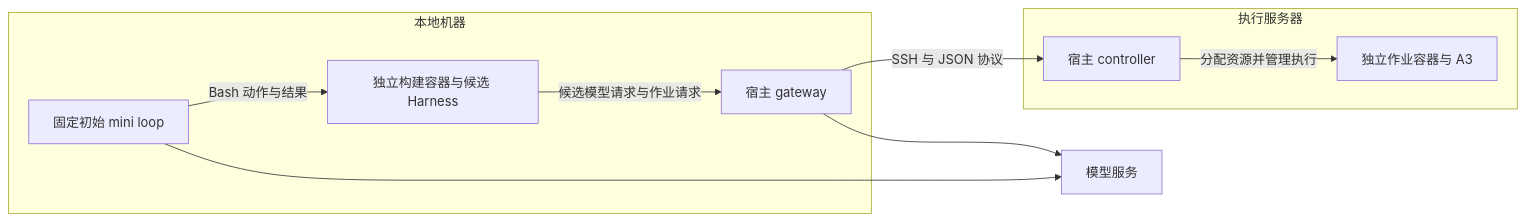
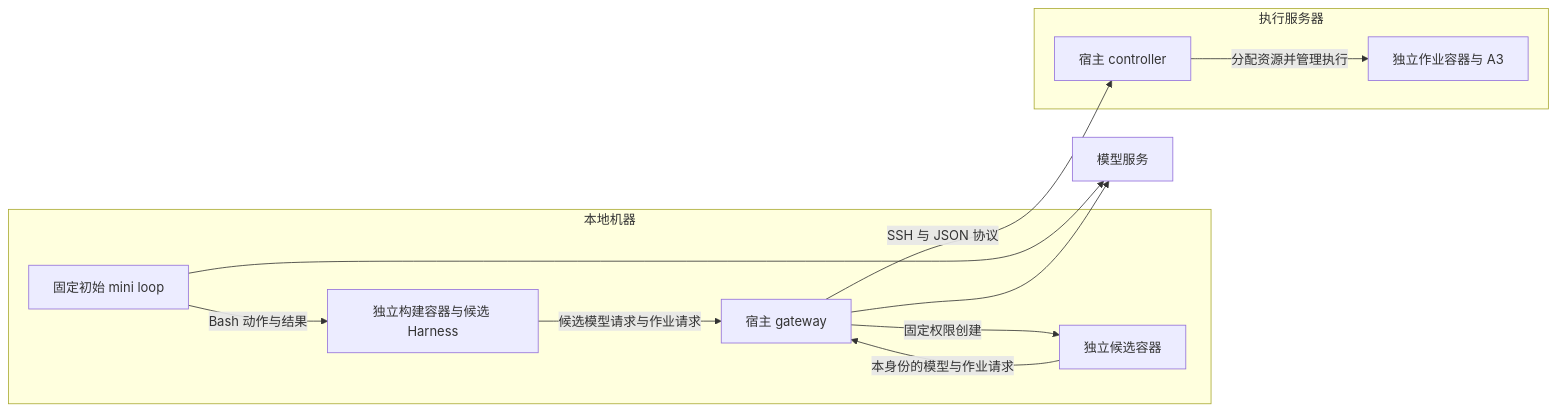
Before and after one commit to dove667/a3-autoresearch-agent: the diagram in docs/rsi-cold-start.md, drawn with Mermaid. The commit also changed other lines of this file and 9 other files, not shown here.

````diff
--- a/docs/rsi-cold-start.md
+++ b/docs/rsi-cold-start.md
@@ -16,19 +16,22 @@
 ```mermaid
 flowchart LR
     subgraph Local[本地机器]
         Initial[固定初始 mini loop]
         Build[独立构建容器与候选 Harness]
         Gateway[宿主 gateway]
+        Candidate[独立候选容器]
         Initial -->|Bash 动作与结果| Build
         Build -->|候选模型请求与作业请求| Gateway
+        Gateway -->|固定权限创建| Candidate
+        Candidate -->|本身份的模型与作业请求| Gateway
     end
     Provider[模型服务]
     Initial --> Provider
     Gateway --> Provider
     subgraph Remote[执行服务器]
         Controller[宿主 controller]
         Job[独立作业容器与 A3]
         Controller -->|分配资源并管理执行| Job
     end
     Gateway -->|SSH 与 JSON 协议| Controller
 ```
````
